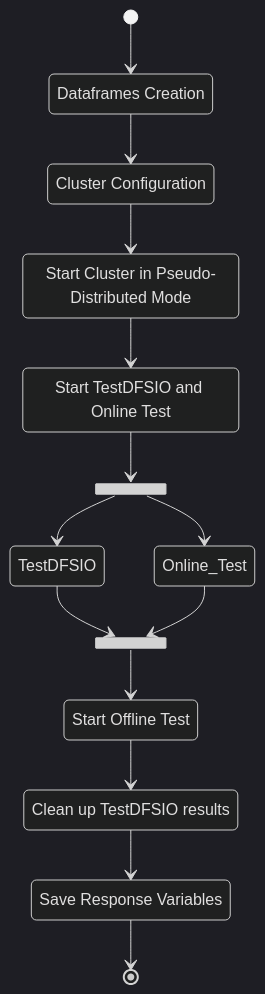
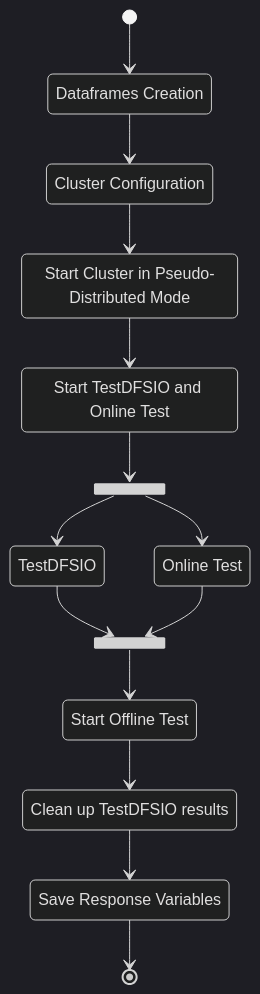
The diagram in doc/Script.md (MaistoV/BSpenaHPQC), drawn with Mermaid (dark theme) before and after one commit. The commit also changed other lines of this file and 5 other files, not shown here.

````diff
--- a/doc/Script.md
+++ b/doc/Script.md
@@ -13,27 +4,28 @@
 ```mermaid
 stateDiagram-v2
     state fork_state <<fork>>
     state join_state <<join>>
     s1: Dataframes Creation
     s2: Cluster Configuration
     s3: Start Cluster in Pseudo-Distributed Mode
-    s4: Start TestDFSIO and Online Test 
+    s4: Start TestDFSIO and Online Test
+    s4_1 : Online Test
     s5: Start Offline Test
     s6: Clean up TestDFSIO results
     s7: Save Response Variables
         
         [*] --> s1
         s1 --> s2
         s2 --> s3
         s3 --> s4
         s4 --> fork_state
         fork_state --> TestDFSIO
-        fork_state --> Online_Test
+        fork_state --> s4_1
 
         TestDFSIO --> join_state
-        Online_Test --> join_state
+        s4_1 --> join_state
         join_state --> s5
         s5 --> s6
         s6 --> s7
         s7 --> [*]
 ```
````
